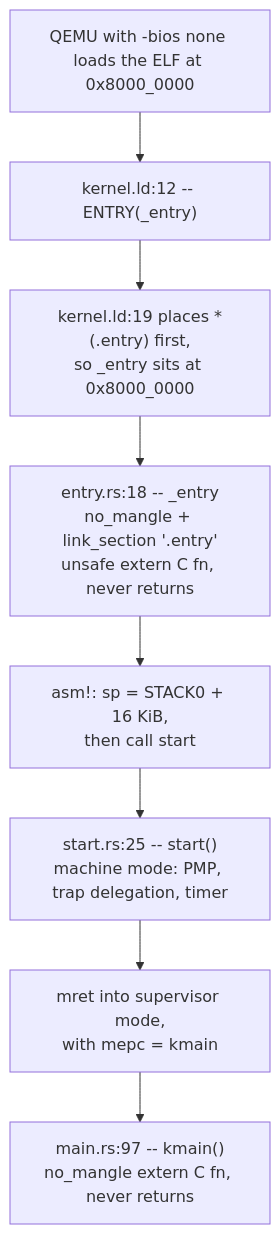
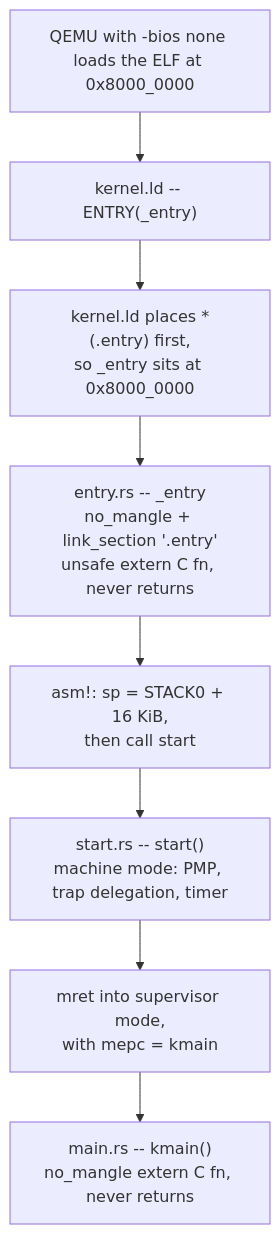
The diagram in docs/guides/rust-unsafe-nostd.md (USF-CS326-F26/USF-CS326-F26.github.io), drawn with Mermaid before and after one commit. The commit also changed other lines of this file and 66 other files, not shown here.

````diff
--- a/docs/guides/rust-unsafe-nostd.md
+++ b/docs/guides/rust-unsafe-nostd.md
@@ -408,10 +408,10 @@
 ```mermaid
 flowchart TD
-  A["QEMU with -bios none loads the ELF at 0x8000_0000"] --> B["kernel.ld:12 -- ENTRY(_entry)"]
-  B --> C["kernel.ld:19 places *(.entry) first,\nso _entry sits at 0x8000_0000"]
-  C --> D["entry.rs:18 -- _entry\nno_mangle + link_section '.entry'\nunsafe extern C fn, never returns"]
+  A["QEMU with -bios none loads the ELF at 0x8000_0000"] --> B["kernel.ld -- ENTRY(_entry)"]
+  B --> C["kernel.ld places *(.entry) first,\nso _entry sits at 0x8000_0000"]
+  C --> D["entry.rs -- _entry\nno_mangle + link_section '.entry'\nunsafe extern C fn, never returns"]
   D --> E["asm!: sp = STACK0 + 16 KiB,\nthen call start"]
-  E --> F["start.rs:25 -- start()\nmachine mode: PMP, trap delegation, timer"]
+  E --> F["start.rs -- start()\nmachine mode: PMP, trap delegation, timer"]
   F --> G["mret into supervisor mode,\nwith mepc = kmain"]
-  G --> H["main.rs:97 -- kmain()\nno_mangle extern C fn, never returns"]
+  G --> H["main.rs -- kmain()\nno_mangle extern C fn, never returns"]
 ```
````
